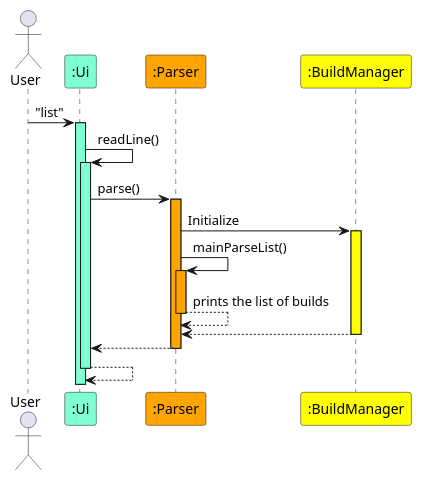
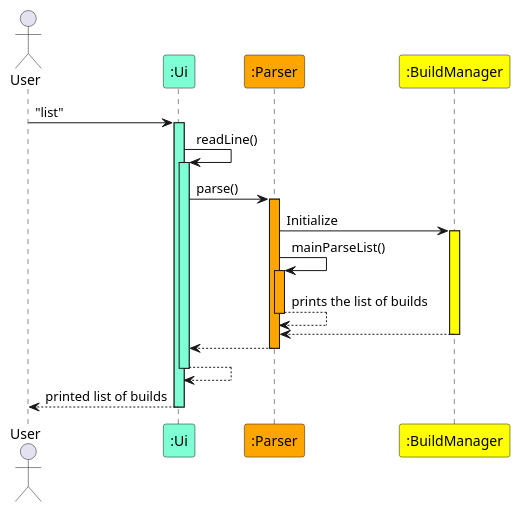
The diagram in docs/puml/BuildManagerListSequence.puml (nus-cs2113-AY2223S1/tp), drawn with PlantUML before and after one commit. The commit also changed 22 other files, not shown here.

```diff
--- a/docs/puml/BuildManagerListSequence.puml
+++ b/docs/puml/BuildManagerListSequence.puml
@@ -1,25 +1,27 @@
 @startuml
 
 actor User
 Participant ":Ui" as Ui #AquaMarine
 Participant ":Parser" as Parser #Orange
 Participant ":BuildManager" as BuildManager #Yellow
 
 User -> Ui ++ #AquaMarine : "list"
 
 Ui -> Ui ++ #AquaMarine : readLine()
 
 Ui -> Parser ++ #Orange : parse()
 
 Parser -> BuildManager ++ #Yellow : Initialize
 
 Parser -> Parser ++ #Orange : mainParseList()
 
 return prints the list of builds
 
 return
 
 return
 
 return
+
+return printed list of builds
 @enduml
```
